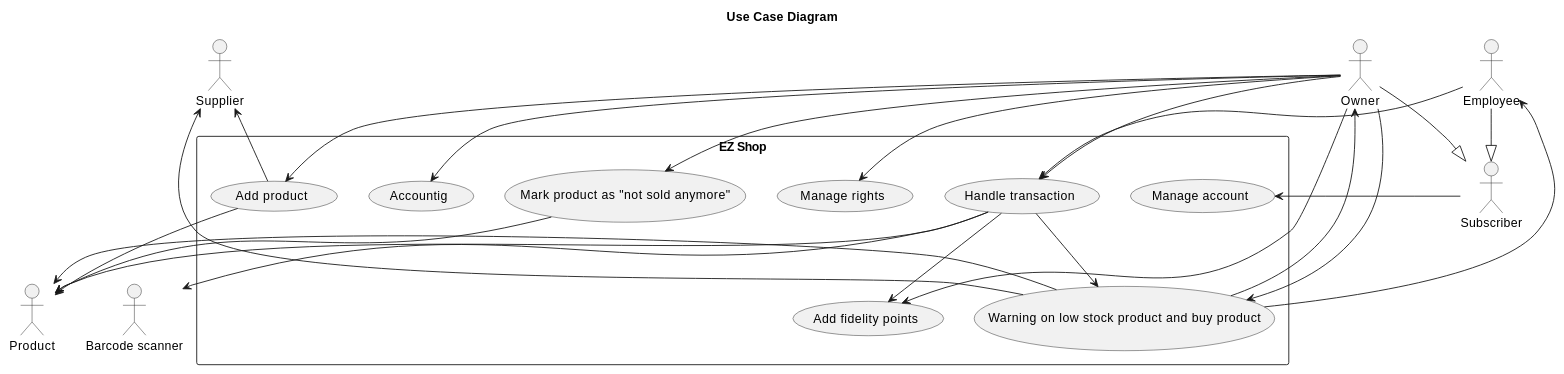
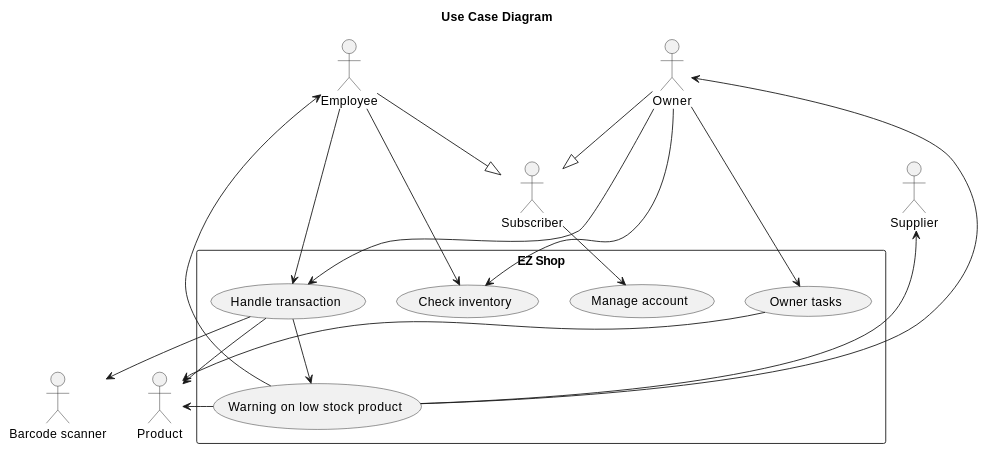
The second of 7 diagrams in Deliverables/RequirementsDocument.md (nicolabattaglino/ezshop), drawn with PlantUML before and after one commit. The commit also changed other lines of this file and 1 other file, not shown here.

````diff
--- a/Deliverables/RequirementsDocument.md
+++ b/Deliverables/RequirementsDocument.md
@@ -204,46 +204,40 @@
 ```plantuml
 @startuml
 
 title Use Case Diagram
 rectangle "EZ Shop" as EZShop{
-"Warning on low stock product and buy product" as (warning)
+"Warning on low stock product" as (warning)
 "Handle transaction" as (handleTransaction)
-"Mark product as "not sold anymore"" as (notSold)
-"Add fidelity points" as (addPoints)
+
+"Check inventory" as (checkInventory)
 "Manage account" as (manageAccount)
-"Accountig" as (accounting)
-"Add product" as (addProduct)
-"Manage rights" as (manageRights)
+"Owner tasks" as (ownerTasks)
+
+
 }
 
 "Owner" as owner
 "Employee" as employee
 "Subscriber" as subscriber
 "Supplier" as supplier
 "Product" as product
 "Barcode scanner" as bcScanner
-
-(handleTransaction) -->(addPoints)
+owner-->(checkInventory)
+employee -->(checkInventory)
+owner --> (ownerTasks)
 (handleTransaction)->product
 (handleTransaction) --> bcScanner
 owner<---(warning)
 employee<---(warning)
 supplier<---(warning)
 (warning)->product
-(notSold)->product
-(addProduct) ->product
-supplier<--(addProduct) 
+(ownerTasks)->product
 owner-->(handleTransaction)
-owner-->(addProduct)
-owner-->(notSold)
-owner-->(addPoints)
-owner-->(manageRights)
-owner-->(accounting)
-owner-->(warning)
+
 owner--|> subscriber
 employee --|>subscriber
 subscriber -->(manageAccount)
 employee-->(handleTransaction)
 (handleTransaction) --> (warning)
 @enduml
 ```
````
